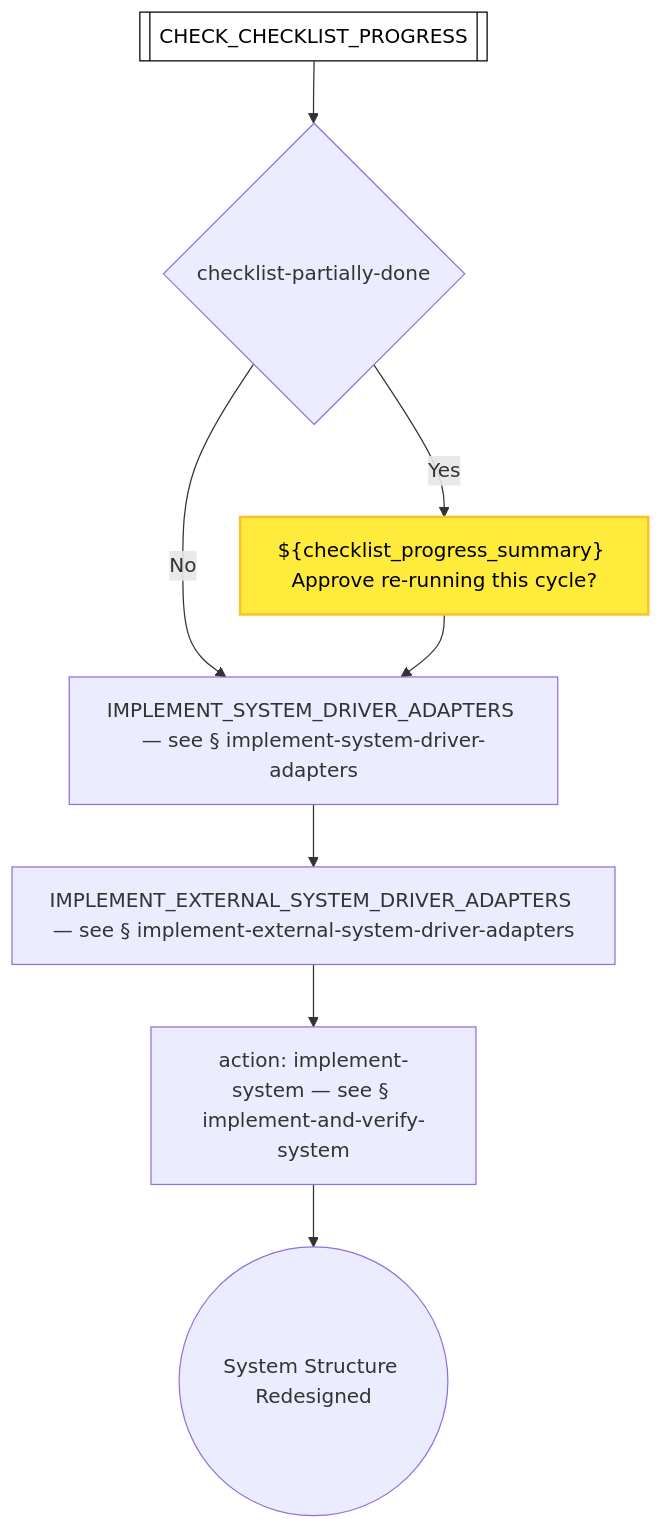
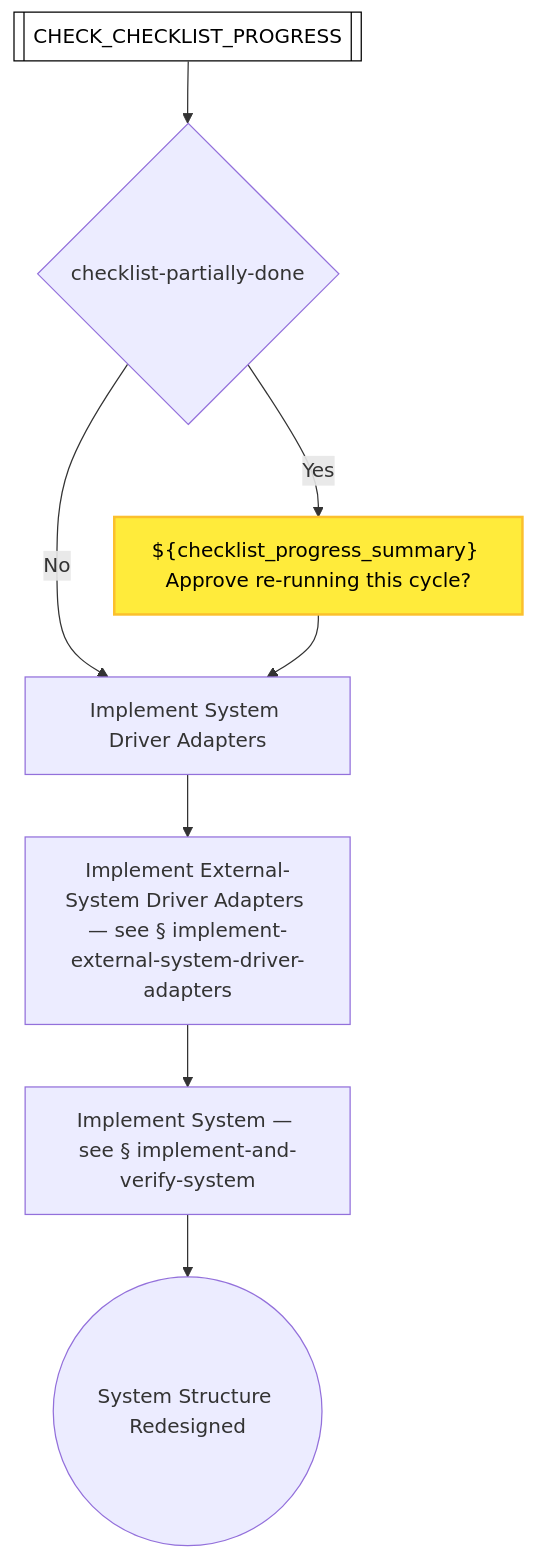
One commit to optivem/gh-optivem changed the tenth of 50 diagrams in docs/process-diagram.md. Above: the diagram before and after it, drawn with Mermaid. The commit also changed other lines of this file and 6 other files, not shown here.

````diff
--- a/docs/process-diagram.md
+++ b/docs/process-diagram.md
@@ -242,24 +242,24 @@
 ```mermaid
 flowchart TD
     CHECK_CHECKLIST_PROGRESS[[CHECK_CHECKLIST_PROGRESS]]
     GATE_CHECKLIST_PARTIALLY_DONE{checklist-partially-done}
-    IMPLEMENT_AND_VERIFY_SYSTEM[action: implement-system — see § implement-and-verify-system]
-    IMPLEMENT_EXTERNAL_SYSTEM_DRIVER_ADAPTERS[IMPLEMENT_EXTERNAL_SYSTEM_DRIVER_ADAPTERS — see § implement-external-system-driver-adapters]
-    IMPLEMENT_SYSTEM_DRIVER_ADAPTERS[IMPLEMENT_SYSTEM_DRIVER_ADAPTERS — see § implement-system-driver-adapters]
+    IMPLEMENT_AND_VERIFY_SYSTEM[Implement System — see § implement-and-verify-system]
+    IMPLEMENT_EXTERNAL_SYSTEM_DRIVER_ADAPTERS[Implement External-System Driver Adapters — see § implement-external-system-driver-adapters]
+    IMPLEMENT_SYSTEM_DRIVER_ADAPTERS[Implement System Driver Adapters]
     REDESIGN_END((System Structure Redesigned))
     STOP_CHECKLIST_PARTIALLY_DONE["${checklist_progress_summary} Approve re-running this cycle?"]
 
     CHECK_CHECKLIST_PROGRESS --> GATE_CHECKLIST_PARTIALLY_DONE
     GATE_CHECKLIST_PARTIALLY_DONE -- Yes --> STOP_CHECKLIST_PARTIALLY_DONE
     GATE_CHECKLIST_PARTIALLY_DONE -- No --> IMPLEMENT_SYSTEM_DRIVER_ADAPTERS
     STOP_CHECKLIST_PARTIALLY_DONE --> IMPLEMENT_SYSTEM_DRIVER_ADAPTERS
     IMPLEMENT_SYSTEM_DRIVER_ADAPTERS --> IMPLEMENT_EXTERNAL_SYSTEM_DRIVER_ADAPTERS
     IMPLEMENT_EXTERNAL_SYSTEM_DRIVER_ADAPTERS --> IMPLEMENT_AND_VERIFY_SYSTEM
     IMPLEMENT_AND_VERIFY_SYSTEM --> REDESIGN_END
 
     classDef serviceNode fill:#ffffff,stroke:#000000,stroke-width:1px,color:#000000
     class CHECK_CHECKLIST_PROGRESS serviceNode
 
     classDef humanNode fill:#ffeb3b,stroke:#fbc02d,stroke-width:2px,color:#000000
     class STOP_CHECKLIST_PARTIALLY_DONE humanNode
 ```
````
